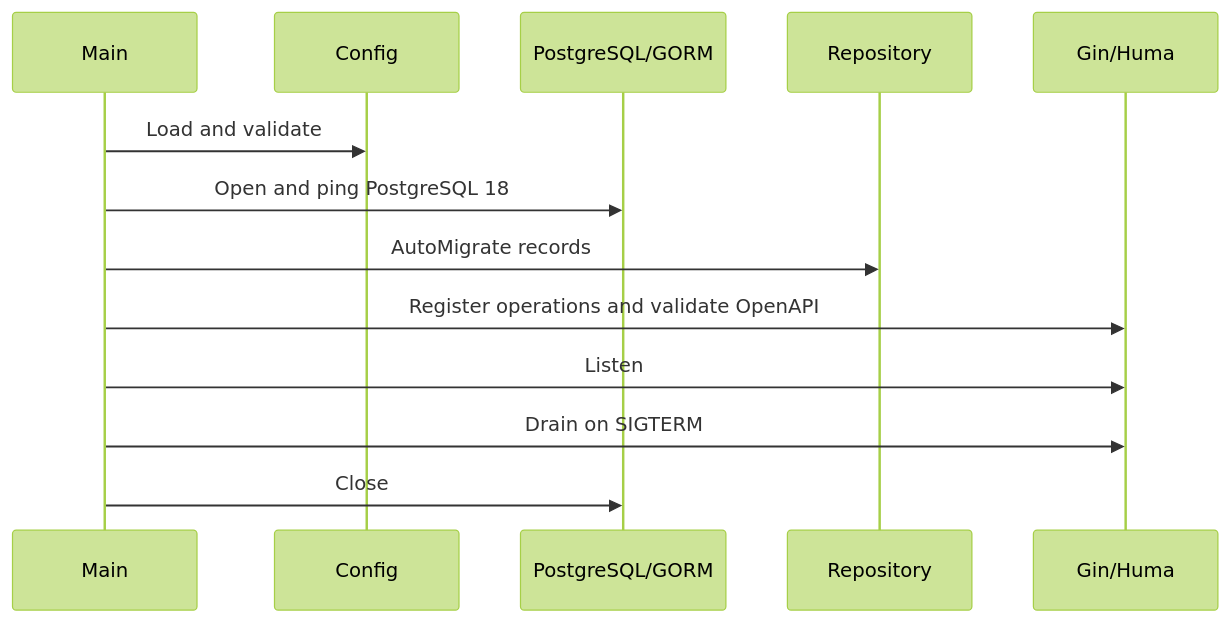
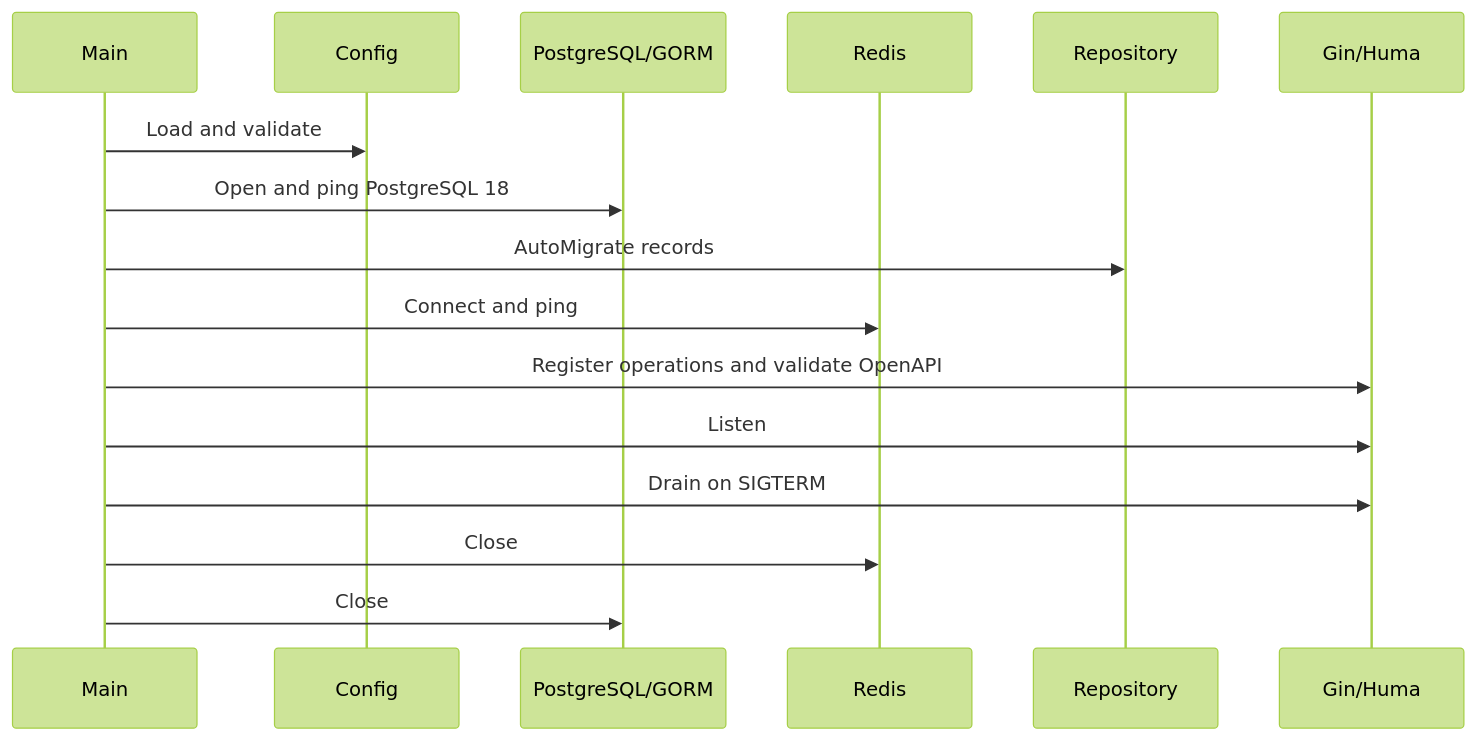
One commit to StephenQiu30/then-server changed the second of 2 diagrams in docs/design/02-后端架构.md. Above: the diagram before and after it, drawn with Mermaid (forest theme). The commit also changed other lines of this file and 24 other files, not shown here.

````diff
--- a/docs/design/02-后端架构.md
+++ b/docs/design/02-后端架构.md
@@ -136,16 +138,19 @@
 ```mermaid
 sequenceDiagram
     participant Main
     participant Config
     participant DB as PostgreSQL/GORM
+    participant Redis
     participant Repo as Repository
     participant HTTP as Gin/Huma
 
     Main->>Config: Load and validate
     Main->>DB: Open and ping PostgreSQL 18
     Main->>Repo: AutoMigrate records
+    Main->>Redis: Connect and ping
     Main->>HTTP: Register operations and validate OpenAPI
     Main->>HTTP: Listen
     Main->>HTTP: Drain on SIGTERM
+    Main->>Redis: Close
     Main->>DB: Close
 ```
````
